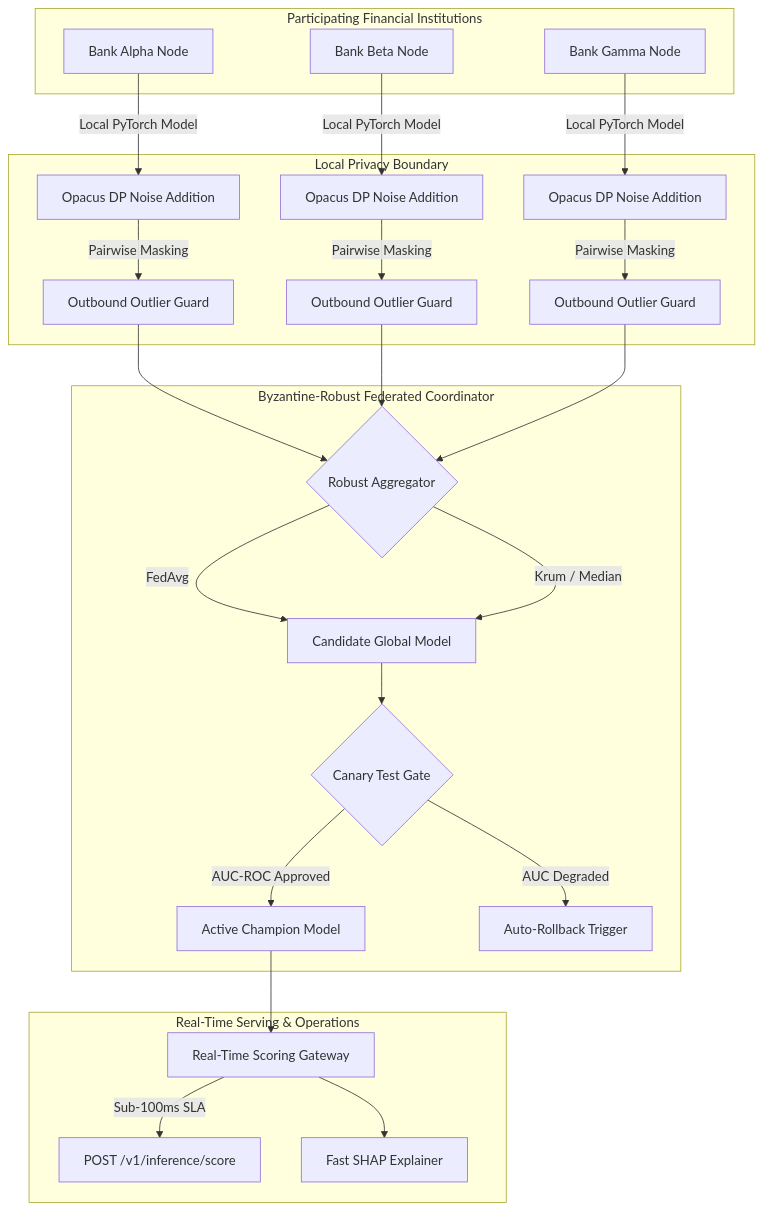
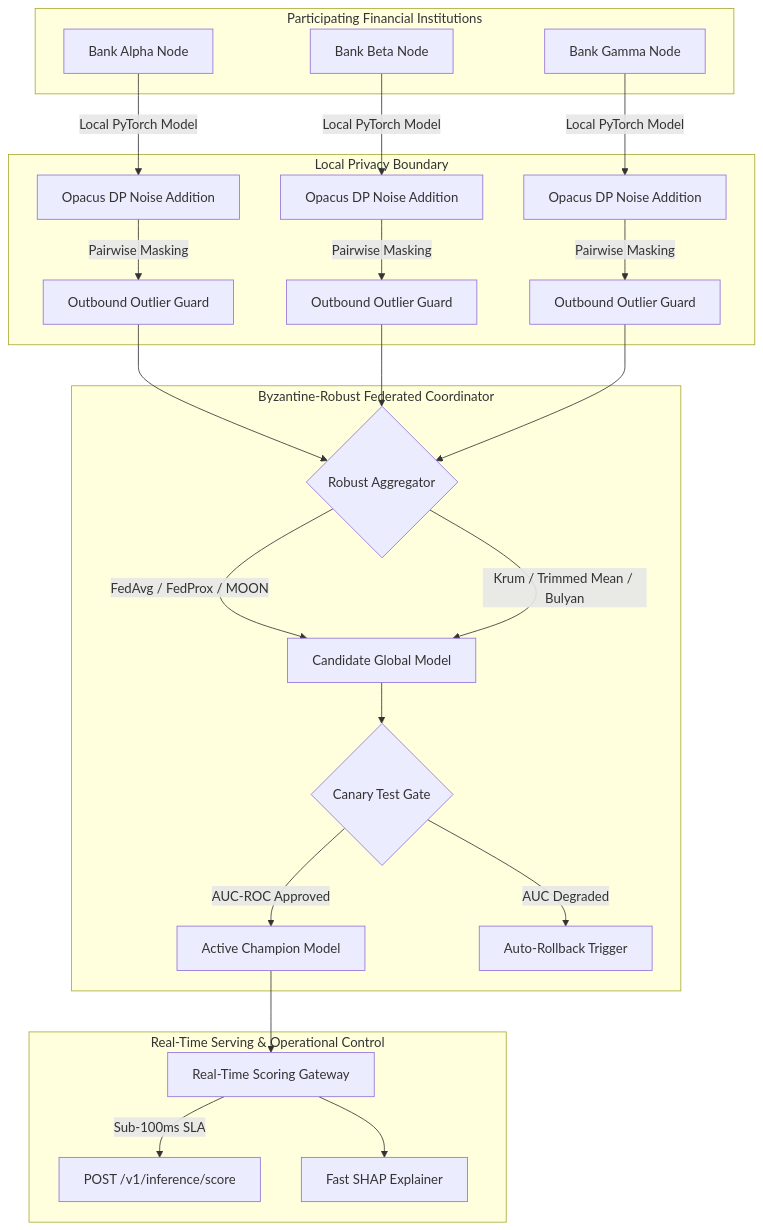
The first of 3 diagrams in README.md (yusufcalisir/Collaborative-Fraud-Intelligence-Simulator), drawn with Mermaid before and after one commit. The commit also changed other lines of this file, not shown here.

````diff
--- a/README.md
+++ b/README.md
@@ -95,32 +95,32 @@
 ```mermaid
 flowchart TD
     subgraph Banks["Participating Financial Institutions"]
         A[Bank Alpha Node]
         B[Bank Beta Node]
         C[Bank Gamma Node]
     end
 
     subgraph LocalTraining["Local Privacy Boundary"]
         A -->|Local PyTorch Model| D1[Opacus DP Noise Addition]
         B -->|Local PyTorch Model| D2[Opacus DP Noise Addition]
         C -->|Local PyTorch Model| D3[Opacus DP Noise Addition]
         D1 -->|Pairwise Masking| S1[Outbound Outlier Guard]
         D2 -->|Pairwise Masking| S2[Outbound Outlier Guard]
         D3 -->|Pairwise Masking| S3[Outbound Outlier Guard]
     end
 
     subgraph Coordinator["Byzantine-Robust Federated Coordinator"]
         S1 & S2 & S3 --> Agg{Robust Aggregator}
-        Agg -->|FedAvg| G[Candidate Global Model]
-        Agg -->|Krum / Median| G
+        Agg -->|FedAvg / FedProx / MOON| G[Candidate Global Model]
+        Agg -->|Krum / Trimmed Mean / Bulyan| G
         G --> Canary{Canary Test Gate}
         Canary -->|AUC-ROC Approved| Promoted[Active Champion Model]
         Canary -->|AUC Degraded| Rollback[Auto-Rollback Trigger]
     end
 
-    subgraph Serving["Real-Time Serving & Operations"]
+    subgraph Serving["Real-Time Serving & Operational Control"]
         Promoted --> InferenceGateway[Real-Time Scoring Gateway]
         InferenceGateway -->|Sub-100ms SLA| API[POST /v1/inference/score]
         InferenceGateway --> Explainer[Fast SHAP Explainer]
     end
 ```
````
